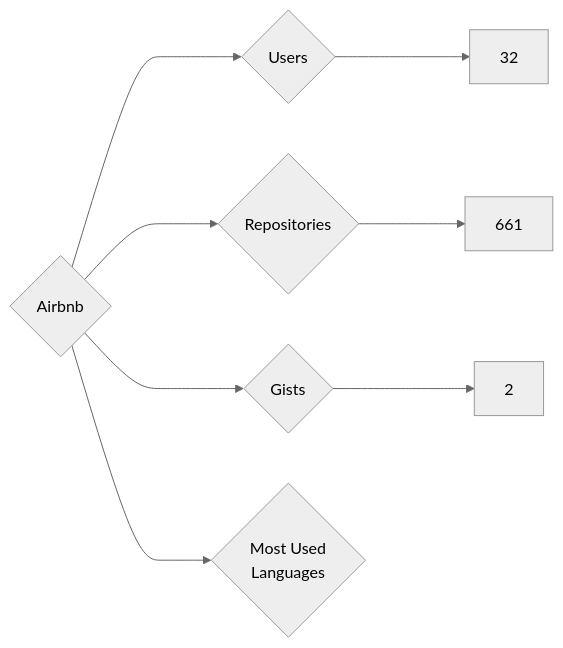
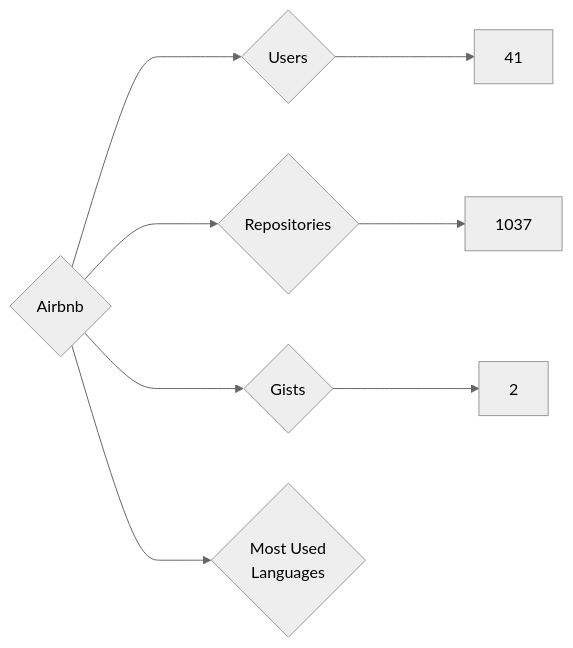
One commit to nenadzaric/insiders changed the diagram in targets/Airbnb/README.md. Above: the diagram before and after it, drawn with Mermaid (neutral theme). The commit also changed 6 other files, not shown here.

````diff
--- a/targets/Airbnb/README.md
+++ b/targets/Airbnb/README.md
@@ -3,8 +3,8 @@
 ```mermaid
 graph LR
 COMPANY_NAME{Airbnb}
-COMPANY_NAME ---> U{Users} ---> UN[32]
-COMPANY_NAME ---> R{Repositories} ---> RN[661]
+COMPANY_NAME ---> U{Users} ---> UN[41]
+COMPANY_NAME ---> R{Repositories} ---> RN[1037]
 COMPANY_NAME ---> G{Gists} ---> GN[2]
 COMPANY_NAME ---> ML{Most Used<br>Languages}
 ```
````
